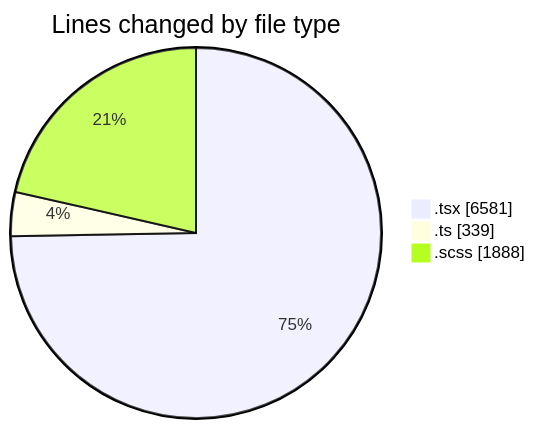
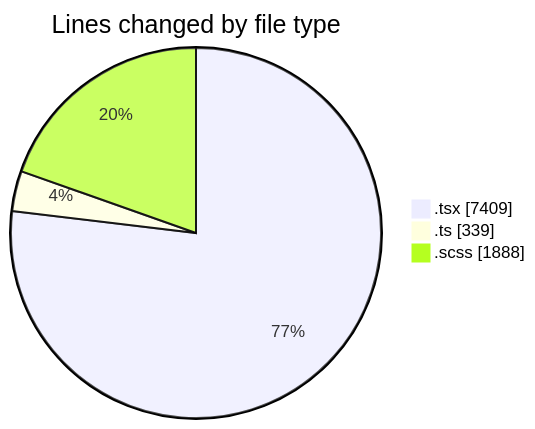
Before and after one commit to momahboobian/code-tracking: the first of 2 diagrams in 2025-07-08/cda/README.md, drawn with Mermaid. The commit also changed other lines of this file and 1 other file, not shown here.

````diff
--- a/2025-07-08/cda/README.md
+++ b/2025-07-08/cda/README.md
@@ -49,7 +51,7 @@
 ```mermaid
 pie showData
 title Lines changed by file type
-".tsx" : 6581
+".tsx" : 7409
 ".ts" : 339
 ".scss" : 1888
 ```
````
